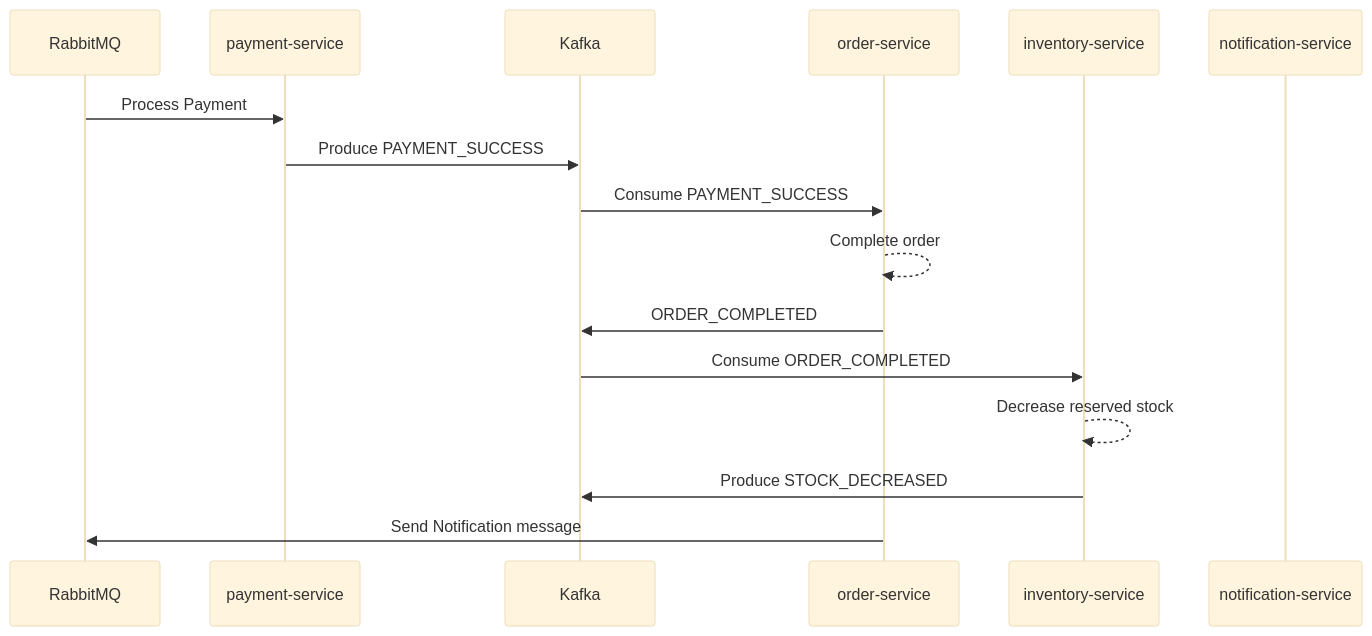
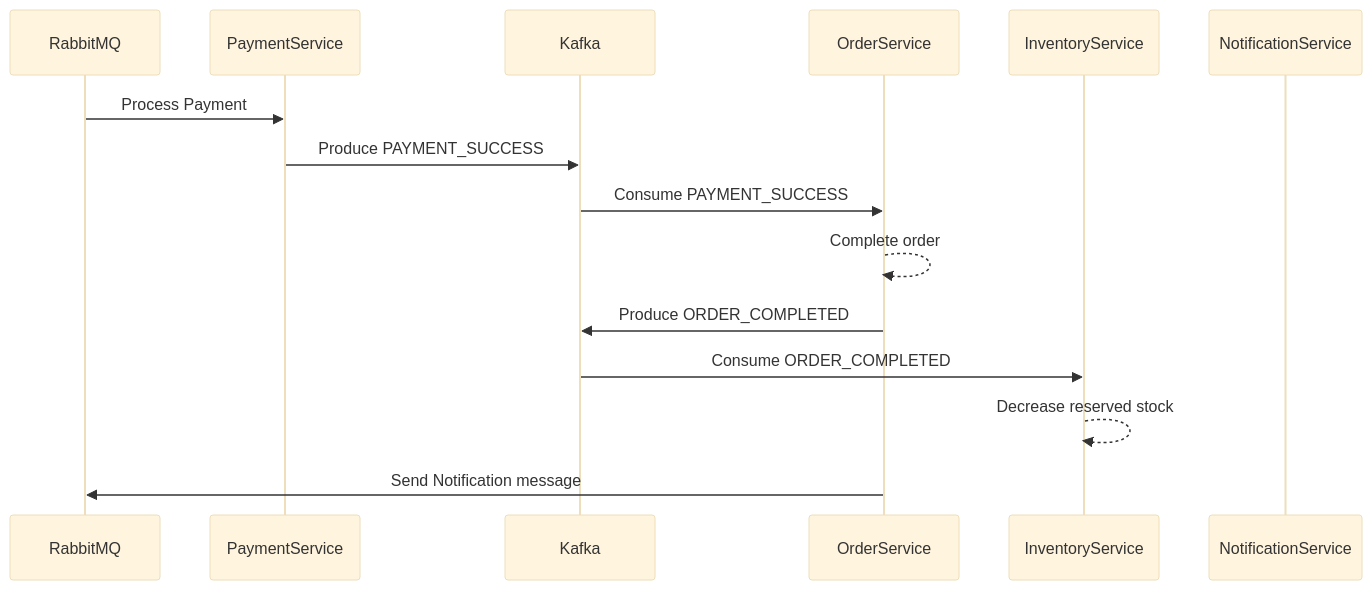
Before and after one commit to sevketbuyukdemir/microservices: the sixth of 7 diagrams in documents/FLOWS.md, drawn with Mermaid (base theme). The commit also changed other lines of this file and 2 other files, not shown here.

Commit message:
MICROSERVICES-24 - Architecture document is added. Flows document is updated.

````diff
--- a/documents/FLOWS.md
+++ b/documents/FLOWS.md
@@ -110,19 +110,18 @@
 ```mermaid
 sequenceDiagram
     participant MQ as RabbitMQ
-    participant PS as payment-service
+    participant PS as PaymentService
     participant K as Kafka
-    participant OS as order-service
-    participant IS as inventory-service
-    participant NS as notification-service
+    participant OS as OrderService
+    participant IS as InventoryService
+    participant NS as NotificationService
 
     MQ->>PS: Process Payment
     PS->>K: Produce PAYMENT_SUCCESS
     K->>OS: Consume PAYMENT_SUCCESS
     OS-->>OS: Complete order
-    OS->>K: ORDER_COMPLETED
+    OS->>K: Produce ORDER_COMPLETED
     K->>IS: Consume ORDER_COMPLETED
     IS-->>IS: Decrease reserved stock
-    IS->>K: Produce STOCK_DECREASED
     OS->>MQ: Send Notification message
 ```
````
